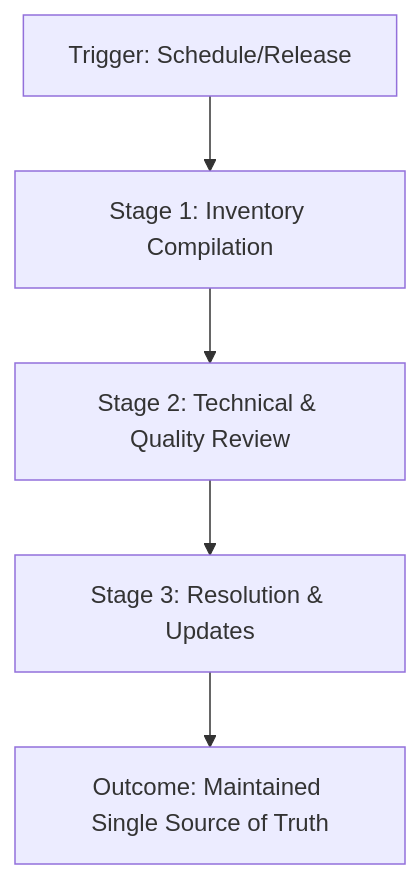
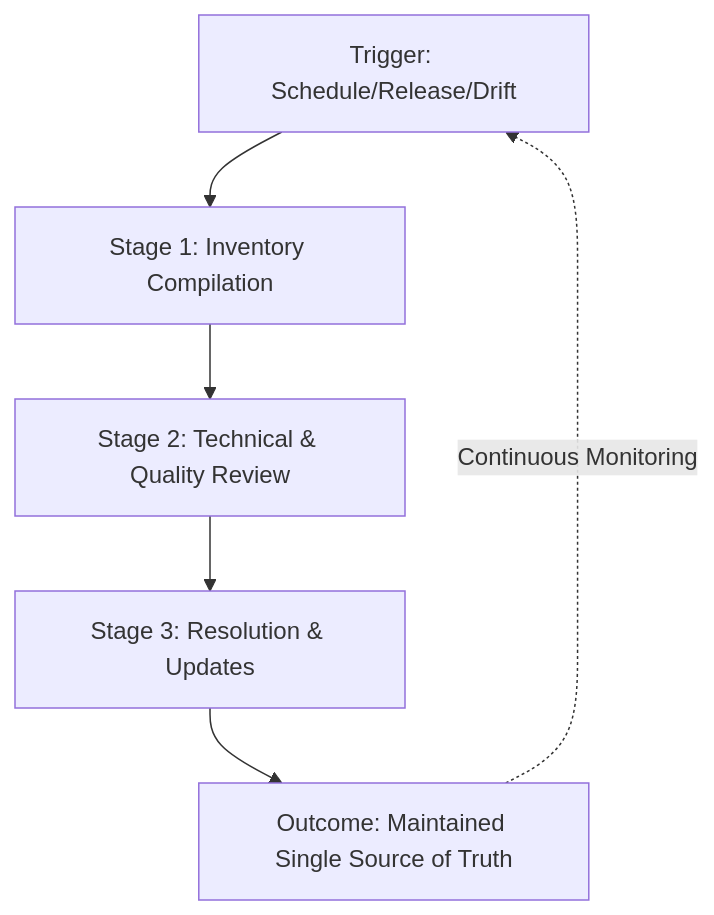
The diagram in docs/industry-terms/content-audit.md (vaishvanara/techwritingkb), drawn with Mermaid before and after one commit. The commit also changed other lines of this file and 51 other files, not shown here.

````diff
--- a/docs/industry-terms/content-audit.md
+++ b/docs/industry-terms/content-audit.md
@@ -50,7 +50,8 @@
 ```mermaid
 graph TD
-    A[Trigger: Schedule/Release] --> B[Stage 1: Inventory Compilation]
+    A[Trigger: Schedule/Release/Drift] --> B[Stage 1: Inventory Compilation]
     B --> C[Stage 2: Technical & Quality Review]
     C --> D[Stage 3: Resolution & Updates]
     D --> E[Outcome: Maintained Single Source of Truth]
+    E -.-> |Continuous Monitoring| A
 ```
````
